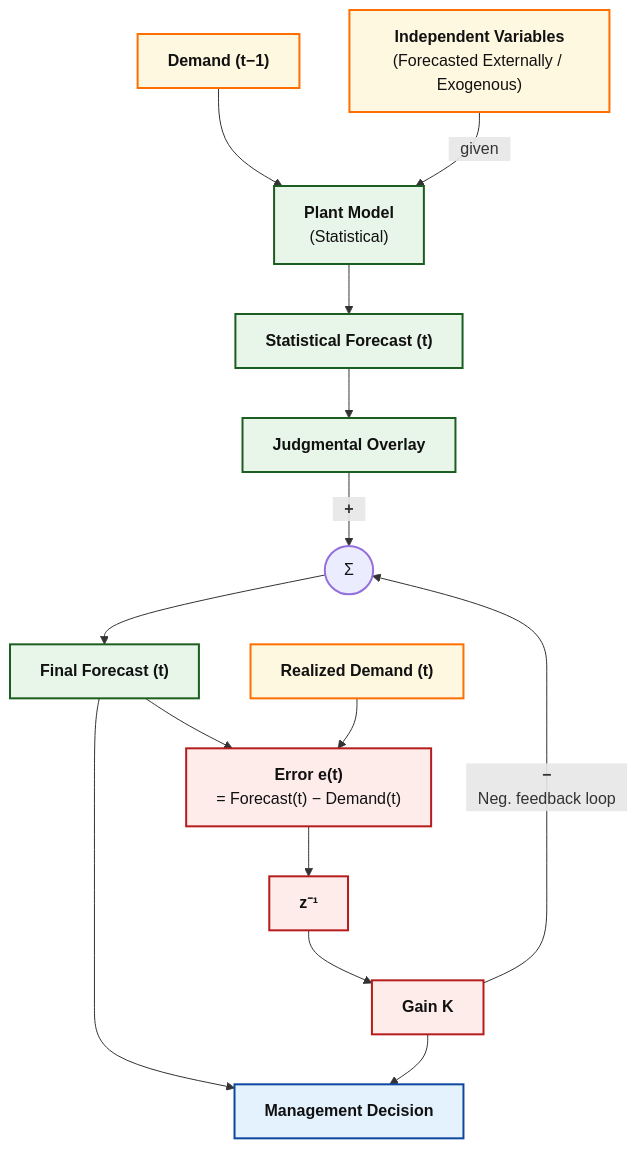
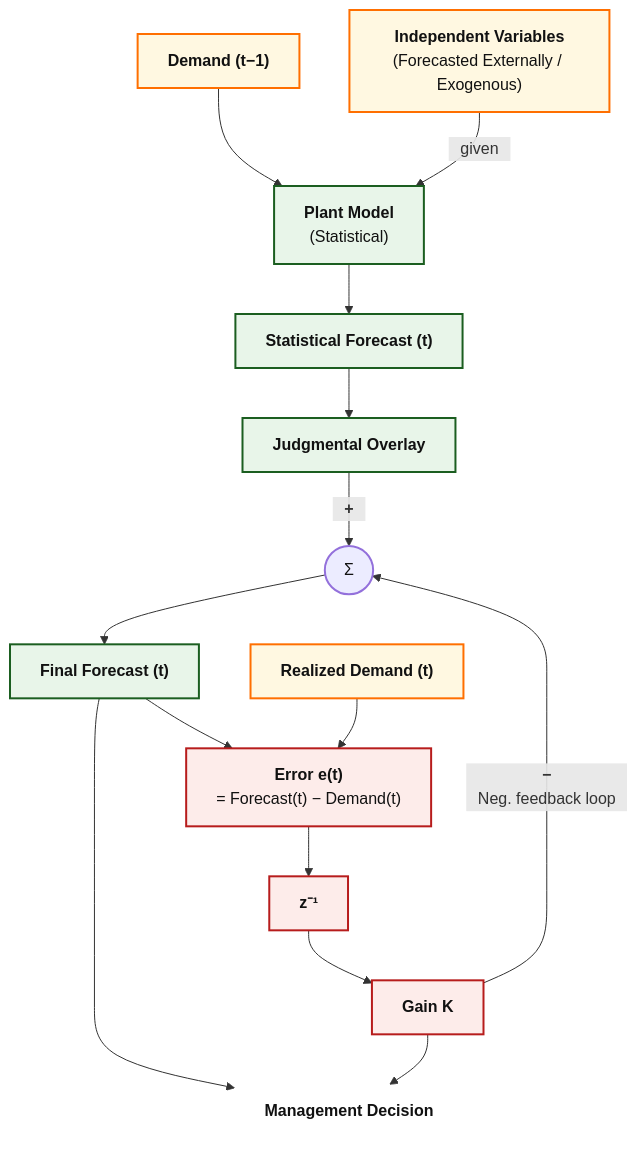
The diagram in articles-posts/ratiocination.md (Tellusant/docs), drawn with Mermaid before and after one commit.

```diff
--- a/articles-posts/ratiocination.md
+++ b/articles-posts/ratiocination.md
@@ -29,58 +29,59 @@
 <div class="mermaid">
   
 flowchart TD
 
 %%{init: {'themeVariables': { 'fontFamily': 'Arial'}}}%%
 %% ===== Inputs =====
 D1["`**Demand (t−1)**`"]:::orange
 X["`**Independent Variables**<br/>(Forecasted Externally / Exogenous)`"]:::orange
 
 %% ===== Baseline model =====
 M["`**Plant Model**<br/>(Statistical)`"]:::green
 S["`**Statistical Forecast (t)**`"]:::green
 
 %% ===== Judgment and correction =====
 J["`**Judgmental Overlay**`"]:::green
 Sum((⠀Σ⠀)):::base
 K["`**Gain K**`"]:::red
 F["`**Final Forecast (t)**`"]:::green
 
 %% ===== Realized demand =====
 R["`**Realized Demand (t)**`"]:::orange
 
 %% ===== Error and delay =====
 E["`**Error e(t)**<br/>= Forecast(t) − Demand(t)`"]:::red
 Delay["`**z⁻¹**`"]:::red
 
 %% ===== Management decision =====
 MGT["`**Management Decision**`"]:::blue
 
 %% ===== Forward path =====
 D1 --> M
 X -->|⠀given⠀| M
 M --> S
 S --> J
 J -->|"`⠀**+**⠀`"| Sum
 Sum --> F
 
 %% ===== Error computation =====
 F --> E
 R --> E
 
 %% ===== Feedback =====
 E --> Delay
 Delay --> K
 K -->|"`⠀**−**⠀<br/>⠀Neg. feedback loop⠀`"| Sum
 
 F --> MGT
-K --> MGT
+K --> MGT:::clear
 
 %% ========= STYLES =========
 classDef green   fill:#E8F5E9,stroke:#1B5E20,stroke-width:2px,color:#111;
 classDef blue    fill:#E3F2FD,stroke:#0D47A1,stroke-width:2px,color:#111;
 classDef orange  fill:#FFF8E1,stroke:#FF6F00,stroke-width:2px,color:#111;
 classDef red     fill:#FDECEA,stroke:#B71C1C,stroke-width:2px,color:#111;
 classDef grey    fill:#F5F5F5,stroke:#424242,stroke-width:2px,color:#111;
 classDef base    fill:#ECECFF,stroke:#9370DB,stroke-width:2px,color:#111;
+classDef clear fill:transparent,stroke:transparent;
 
 </div>
```
